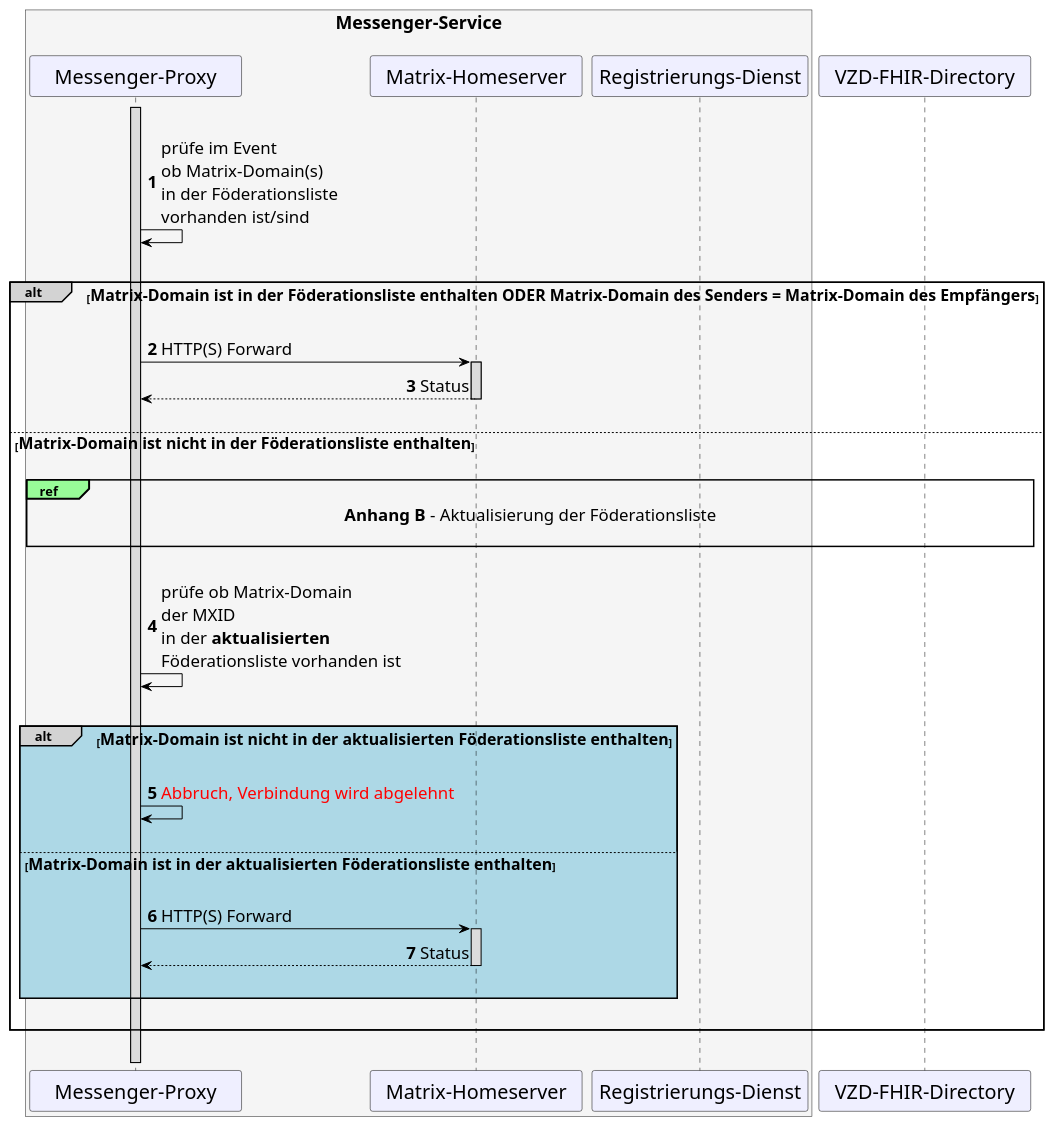
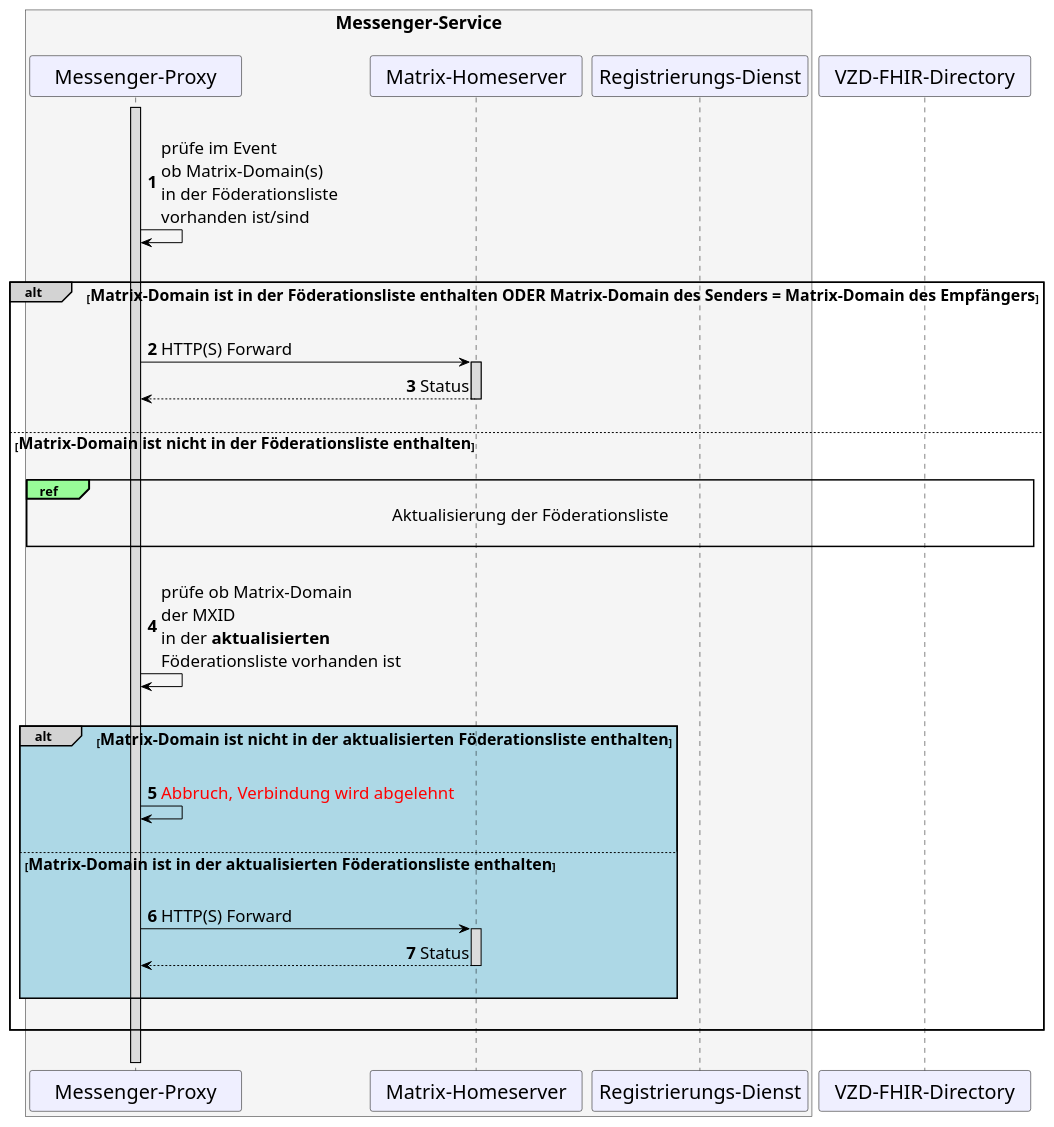
One commit to gematik/api-ti-messenger changed the diagram in src/plantuml/TI-Messenger-Dienst/Ressourcen/UC_10064_Seq.puml. Above: the diagram before and after it, drawn with PlantUML. The commit also changed 6 other files, not shown here.

```diff
--- a/src/plantuml/TI-Messenger-Dienst/Ressourcen/UC_10064_Seq.puml
+++ b/src/plantuml/TI-Messenger-Dienst/Ressourcen/UC_10064_Seq.puml
@@ -9,77 +9,72 @@
 @startuml
 skinparam sequenceMessageAlign direction
 skinparam minClassWidth 200
 skinparam BoxPadding 1
 skinparam sequenceReferenceHeaderBackgroundColor palegreen
 scale max 2048 width
 
 skinparam sequence {
 ArrowColor black
 ArrowFontSize 17
 ActorBorderColor black
 LifeLineBorderColor black
 LifeLineBackgroundColor Gainsboro
 
 ParticipantBorderColor Motivation
 ParticipantBackgroundColor Motivation
-'ParticipantFontName Impact
 ParticipantFontSize 20
 ParticipantFontColor black
 ParticipantBorderColor Black
 ParticipantBackgroundColor MOTIVATION
 
-ActorBackgroundColor Gainsboro
-ActorFontColor black
-ActorFontSize 20
-'ActorFontName Aapex
 }
 
 autonumber
 
     box <size:18>Messenger-Service\n#WhiteSmoke
     participant MP as "Messenger-Proxy"
     participant MH as "Matrix-Homeserver"
     participant RD as "Registrierungs-Dienst"
     end box
     participant VZD as "VZD-FHIR-Directory"
 
 |||
     Activate MP
   MP->MP: prüfe im Event\nob Matrix-Domain(s) \nin der Föderationsliste \nvorhanden ist/sind
 
 |||
 alt#LightGrey  <size:16>Matrix-Domain ist in der Föderationsliste enthalten ODER Matrix-Domain des Senders = Matrix-Domain des Empfängers</size>
     ||| 
     MP->MH: HTTP(S) Forward
       Activate MH
     MH-->MP: Status
       Deactivate MH
       'Deactivate MP
     ||| 
 
 
   else <size:16>Matrix-Domain ist nicht in der Föderationsliste enthalten</size> 
   |||  
-  ref over MP, VZD: <size:17>**Anhang B** - Aktualisierung der Föderationsliste</size>\n 
+  ref over MP, VZD: <size:17>Aktualisierung der Föderationsliste</size>\n 
   |||
   MP->MP: prüfe ob Matrix-Domain \nder MXID \nin der **aktualisierten** \nFöderationsliste vorhanden ist
   |||
 
     alt#LightGrey #LightBlue <size:16>Matrix-Domain ist nicht in der aktualisierten Föderationsliste enthalten</size>
       |||
       MP->MP: <font color=red>Abbruch, Verbindung wird abgelehnt</font>
       ||| 
       else <size:16>Matrix-Domain ist in der aktualisierten Föderationsliste enthalten</size>
       |||
          MP->MH: HTTP(S) Forward
           Activate MH
         MH-->MP: Status
           Deactivate MH
       |||
     end
 
   |||
 
 end
 |||
 @enduml
```
